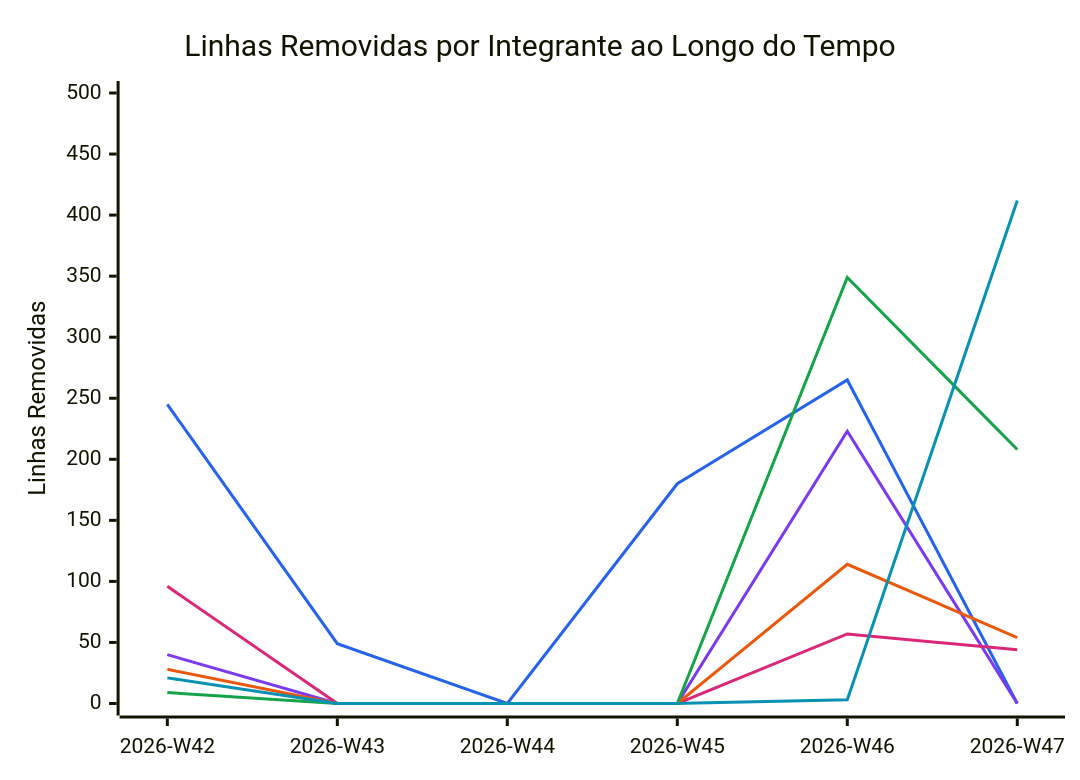
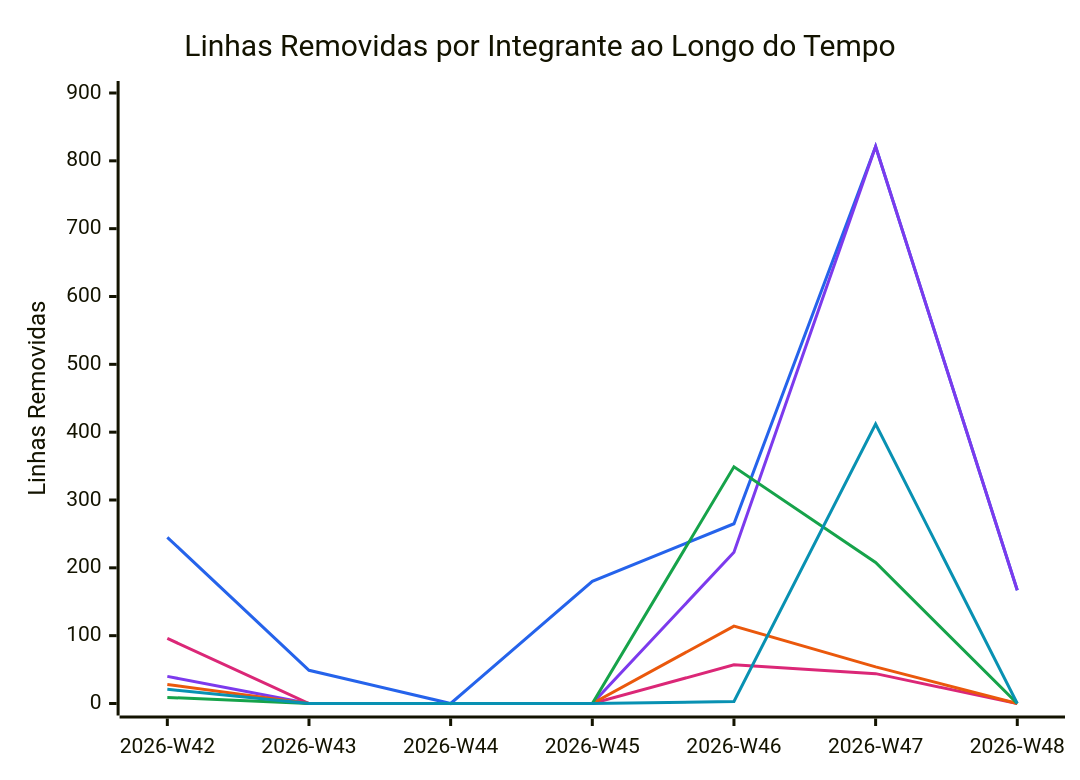
Before and after one commit to FCTE-Qualidade-de-Software-1/2026-2_T02_KAY_MCNULTY: the diagram in snippets/code-deletions.mmd, drawn with Mermaid. The commit also changed 5 other files, not shown here.

```diff
--- a/snippets/code-deletions.mmd
+++ b/snippets/code-deletions.mmd
@@ -1,11 +1,11 @@
 %%{init: {"themeVariables": {"xyChart": {"plotColorPalette": "#2563eb, #7c3aed, #db2777, #ea580c, #16a34a, #0891b2"}}}}%%
 xychart-beta
     title "Linhas Removidas por Integrante ao Longo do Tempo"
-    x-axis ["2026-W42", "2026-W43", "2026-W44", "2026-W45", "2026-W46", "2026-W47"]
-    y-axis "Linhas Removidas" 0 --> 500
-    line [245, 49, 0, 180, 265, 0]
-    line [40, 0, 0, 0, 223, 0]
-    line [96, 0, 0, 0, 57, 44]
-    line [28, 0, 0, 0, 114, 54]
-    line [9, 0, 0, 0, 349, 208]
-    line [21, 0, 0, 0, 3, 412]
+    x-axis ["2026-W42", "2026-W43", "2026-W44", "2026-W45", "2026-W46", "2026-W47", "2026-W48"]
+    y-axis "Linhas Removidas" 0 --> 900
+    line [245, 49, 0, 180, 265, 821, 167]
+    line [40, 0, 0, 0, 223, 821, 167]
+    line [96, 0, 0, 0, 57, 44, 0]
+    line [28, 0, 0, 0, 114, 54, 0]
+    line [9, 0, 0, 0, 349, 208, 0]
+    line [21, 0, 0, 0, 3, 412, 0]
```
